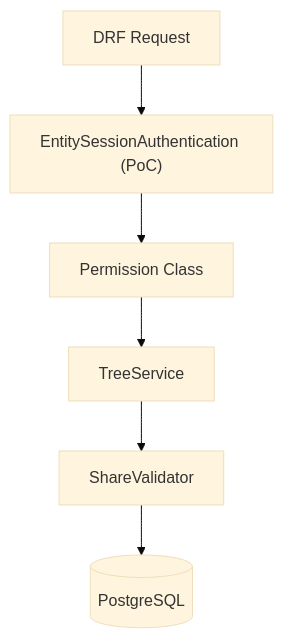
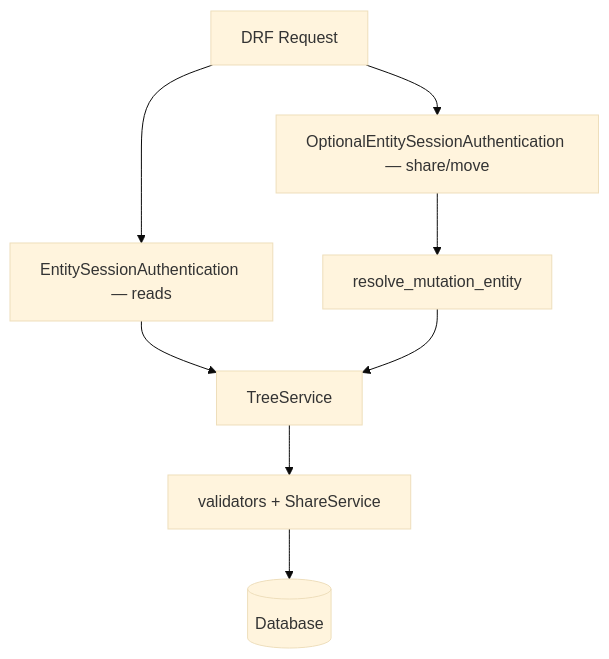
The sixth of 7 diagrams in docs/adr/001-document-tree.md (rodrigodantas4/opeaz), drawn with Mermaid (base theme) before and after one commit. The commit also changed other lines of this file and 3 other files, not shown here.

````diff
--- a/docs/adr/001-document-tree.md
+++ b/docs/adr/001-document-tree.md
@@ -727,8 +731,10 @@
 ```mermaid
 flowchart TD
-    request[DRF Request] --> auth["EntitySessionAuthentication (PoC)"]
-    auth --> perm[Permission Class]
-    perm --> service[TreeService]
-    service --> validate[ShareValidator]
-    validate --> db[(PostgreSQL)]
+    request[DRF Request] --> readAuth["EntitySessionAuthentication — reads"]
+    request --> mutAuth["OptionalEntitySessionAuthentication — share/move"]
+    readAuth --> service[TreeService]
+    mutAuth --> resolver[resolve_mutation_entity]
+    resolver --> service
+    service --> validate[validators + ShareService]
+    validate --> db[(Database)]
 ```
````
